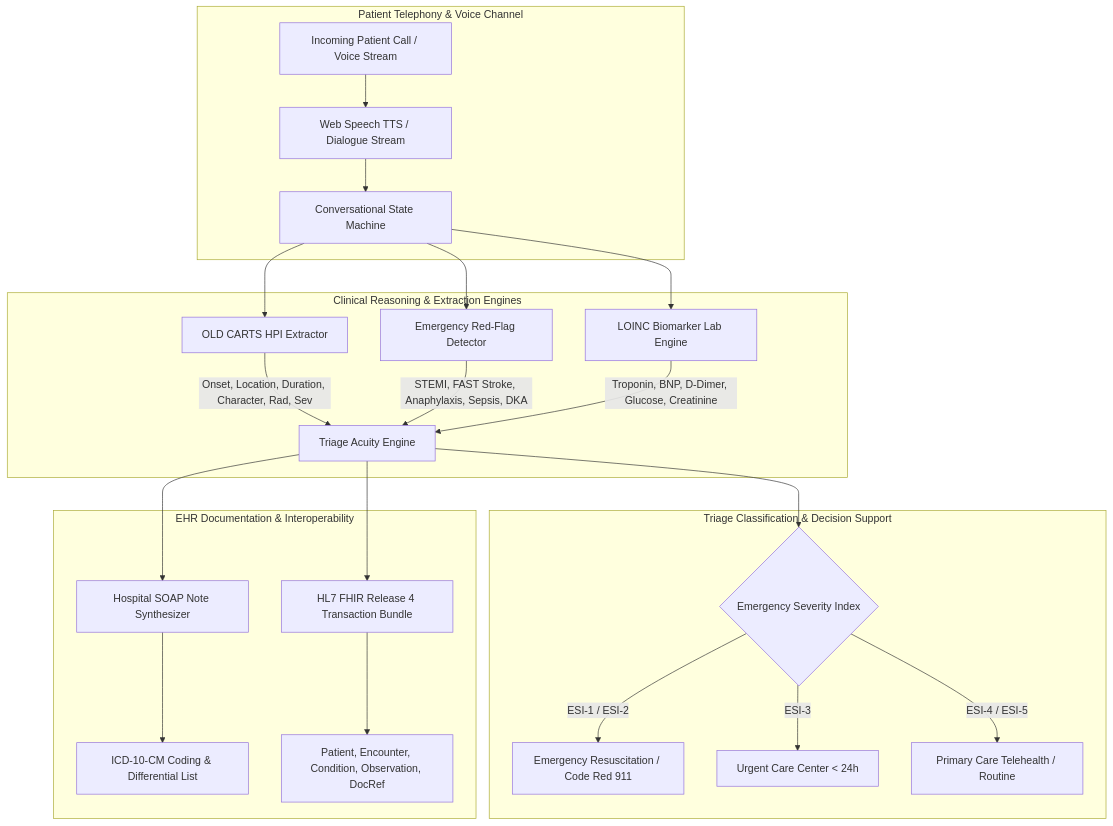
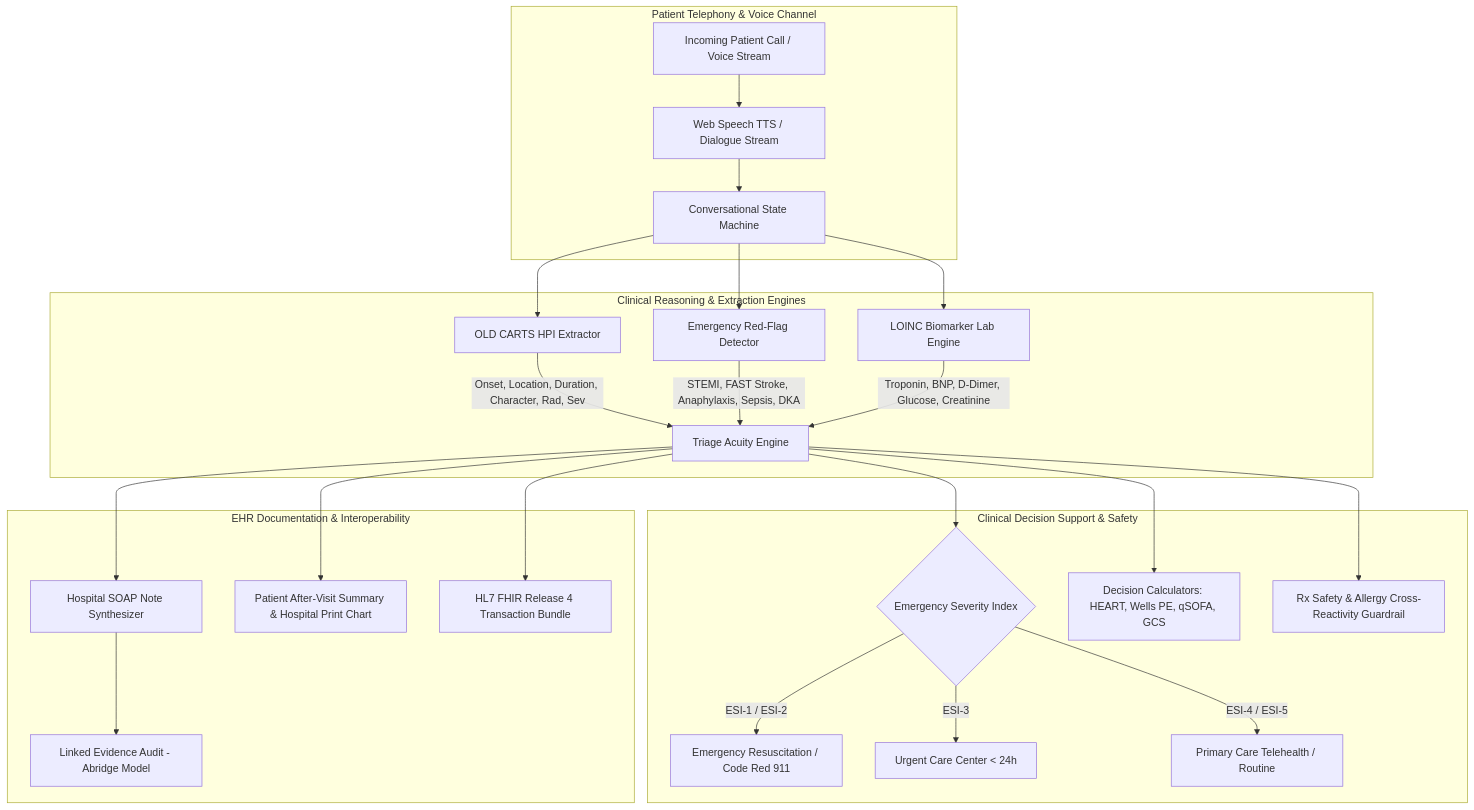
The diagram in README.md (ZephyrusZorro/vaani-clinical), drawn with Mermaid before and after one commit. The commit also changed other lines of this file, not shown here.

Commit message:
docs(readme): expand architecture to 7 workspaces, clinical decision calculators, and 39 automated tests

````diff
--- a/README.md
+++ b/README.md
@@ -16,31 +16,34 @@
 ```mermaid
 flowchart TD
     subgraph Patient Telephony & Voice Channel
         A[Incoming Patient Call / Voice Stream] --> B[Web Speech TTS / Dialogue Stream]
         B --> C[Conversational State Machine]
     end
 
     subgraph Clinical Reasoning & Extraction Engines
         C --> D[OLD CARTS HPI Extractor]
         C --> E[Emergency Red-Flag Detector]
         C --> F[LOINC Biomarker Lab Engine]
         
         D -->|Onset, Location, Duration, Character, Rad, Sev| G[Triage Acuity Engine]
         E -->|STEMI, FAST Stroke, Anaphylaxis, Sepsis, DKA| G
         F -->|Troponin, BNP, D-Dimer, Glucose, Creatinine| G
     end
 
-    subgraph Triage Classification & Decision Support
+    subgraph Clinical Decision Support & Safety
         G --> H{Emergency Severity Index}
         H -->|ESI-1 / ESI-2| I[Emergency Resuscitation / Code Red 911]
         H -->|ESI-3| J[Urgent Care Center < 24h]
         H -->|ESI-4 / ESI-5| K[Primary Care Telehealth / Routine]
+        
+        G --> L[Decision Calculators: HEART, Wells PE, qSOFA, GCS]
+        G --> M[Rx Safety & Allergy Cross-Reactivity Guardrail]
     end
 
     subgraph EHR Documentation & Interoperability
-        G --> L[Hospital SOAP Note Synthesizer]
-        L --> M[ICD-10-CM Coding & Differential List]
-        G --> N[HL7 FHIR Release 4 Transaction Bundle]
-        N --> O[Patient, Encounter, Condition, Observation, DocRef]
+        G --> N[Hospital SOAP Note Synthesizer]
+        N --> O[Linked Evidence Audit - Abridge Model]
+        G --> P[Patient After-Visit Summary & Hospital Print Chart]
+        G --> Q[HL7 FHIR Release 4 Transaction Bundle]
     end
 ```
````
